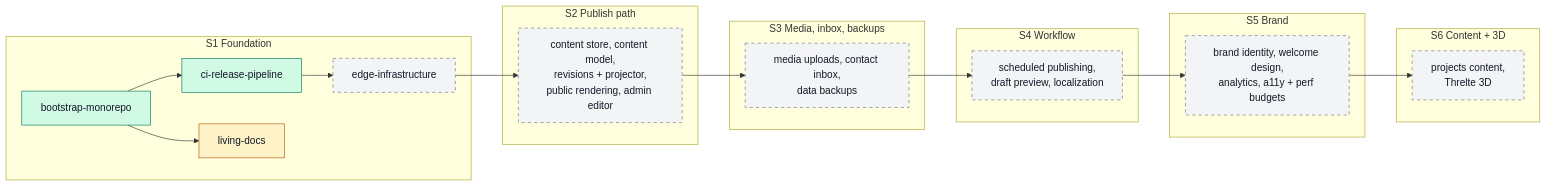
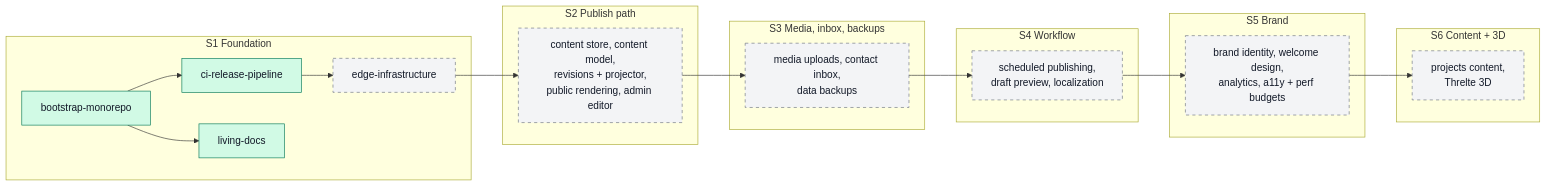
The diagram in docs/ROADMAP.md (ycmcuenca/ycmcuenca-core), drawn with Mermaid before and after one commit. The commit also changed other lines of this file and 10 other files, not shown here.

````diff
--- a/docs/ROADMAP.md
+++ b/docs/ROADMAP.md
@@ -37,34 +37,34 @@
 ```mermaid
 flowchart LR
     subgraph S1["S1 Foundation"]
         bootstrap["bootstrap-monorepo"]:::archived
         ci["ci-release-pipeline"]:::archived
         edge["edge-infrastructure"]:::planned
-        docs["living-docs"]:::inProgress
+        docs["living-docs"]:::archived
     end
     subgraph S2["S2 Publish path"]
         s2["content store, content model,<br/>revisions + projector,<br/>public rendering, admin editor"]:::planned
     end
     subgraph S3["S3 Media, inbox, backups"]
         s3["media uploads, contact inbox,<br/>data backups"]:::planned
     end
     subgraph S4["S4 Workflow"]
         s4["scheduled publishing,<br/>draft preview, localization"]:::planned
     end
     subgraph S5["S5 Brand"]
         s5["brand identity, welcome design,<br/>analytics, a11y + perf budgets"]:::planned
     end
     subgraph S6["S6 Content + 3D"]
         s6["projects content,<br/>Threlte 3D"]:::planned
     end
 
     bootstrap --> ci --> edge
     bootstrap --> docs
     edge --> s2 --> s3 --> s4 --> s5 --> s6
 
     classDef archived fill:#d1fae5,stroke:#047857,color:#111827
     classDef merged fill:#dbeafe,stroke:#1d4ed8,color:#111827
     classDef inProgress fill:#fef3c7,stroke:#b45309,color:#111827
     classDef proposed fill:#ede9fe,stroke:#6d28d9,color:#111827
     classDef planned fill:#f3f4f6,stroke:#6b7280,color:#111827,stroke-dasharray:5 5
 ```
````
